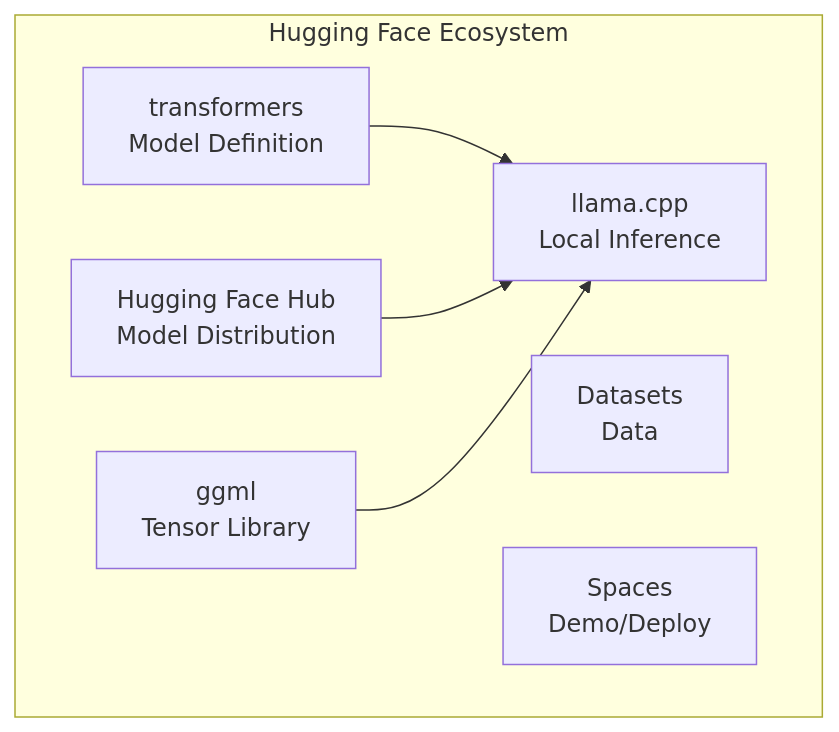
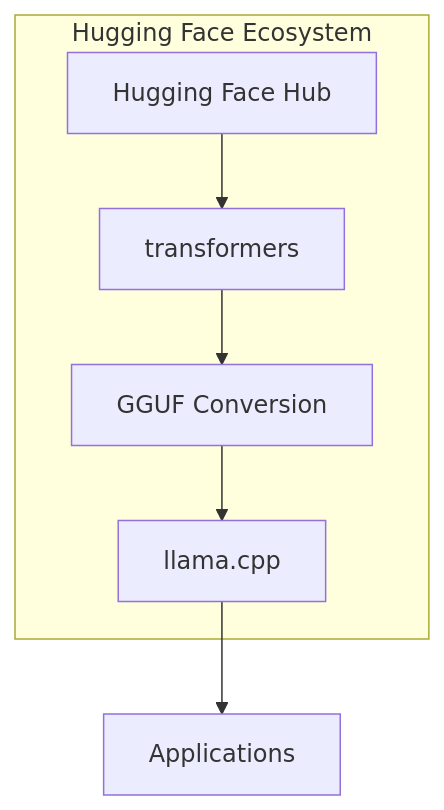
The second of 2 diagrams in src/content/blog/en/ggml-llamacpp-huggingface.md (kimjangwook/www.jangwook.net), drawn with Mermaid before and after one commit. The commit also changed other lines of this file and 2 other files, not shown here.

Commit message:
fix(blog): unify relatedPosts for ggml-llamacpp-huggingface across all languages

````diff
--- a/src/content/blog/en/ggml-llamacpp-huggingface.md
+++ b/src/content/blog/en/ggml-llamacpp-huggingface.md
@@ -176,14 +125,14 @@
 ```mermaid
 graph TD
-    subgraph HFEcosystem["Hugging Face Ecosystem"]
-        HUB[Hugging Face Hub<br/>Model Distribution]
-        TF[transformers<br/>Model Definition]
-        LC[llama.cpp<br/>Local Inference]
-        GGML[ggml<br/>Tensor Library]
-        DS[Datasets<br/>Data]
-        SP[Spaces<br/>Demo/Deploy]
+    HF[Hugging Face Hub] --> TF[transformers]
+    TF --> GGUF[GGUF Conversion]
+    GGUF --> LC[llama.cpp]
+    LC --> APP[Applications]
+    
+    subgraph "Hugging Face Ecosystem"
+        HF
+        TF
+        GGUF
+        LC
     end
-    TF --> LC
-    HUB --> LC
-    GGML --> LC
 ```
````
